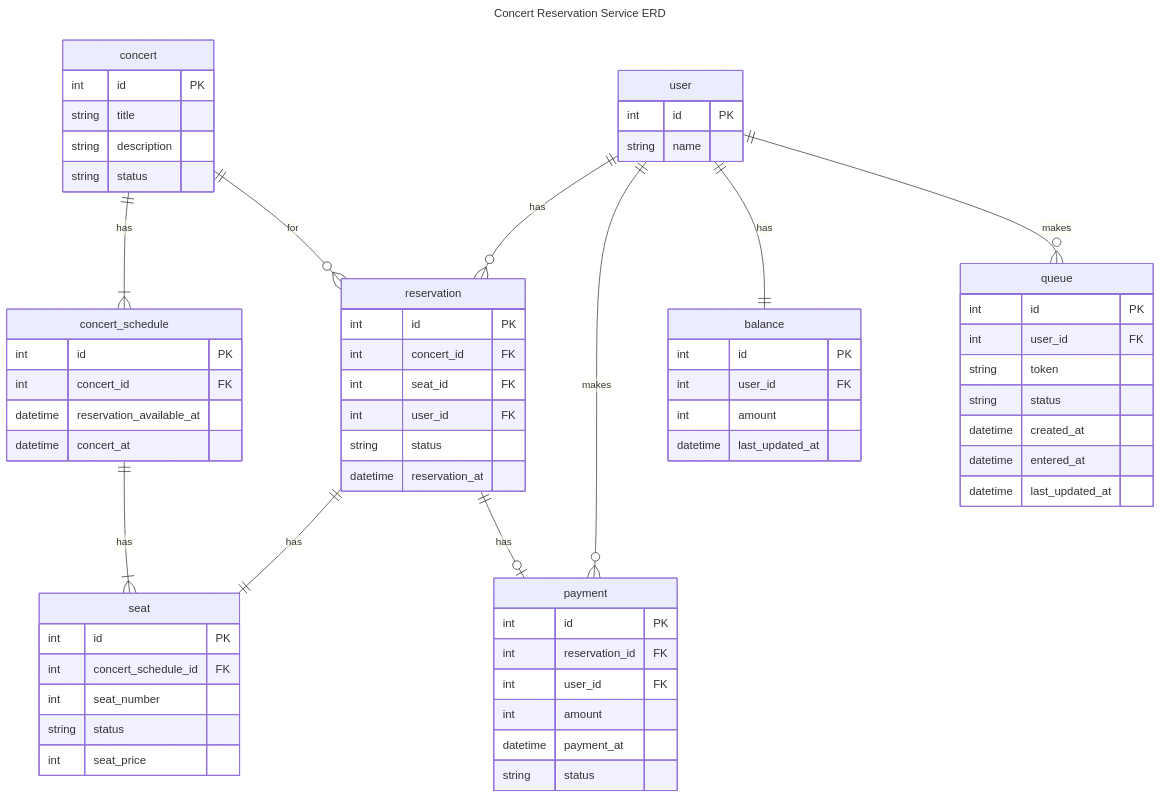
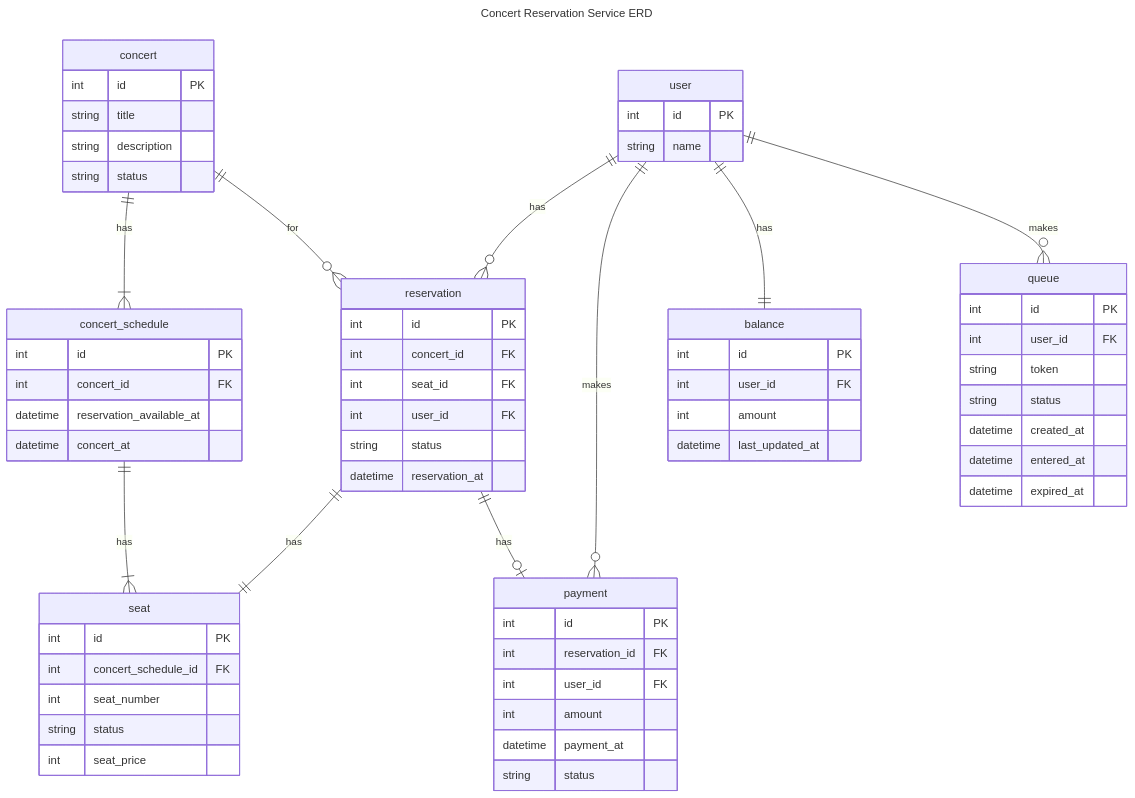
Before and after one commit to Goryeojin/hhplus-concert: the diagram in docs/03_ERD.md, drawn with Mermaid. The commit also changed other lines of this file and 13 other files, not shown here.

````diff
--- a/docs/03_ERD.md
+++ b/docs/03_ERD.md
@@ -1,74 +1,74 @@
 ```mermaid
 ---
 title: Concert Reservation Service ERD
 ---
 erDiagram
     user ||--o{ reservation : has
     user ||--o{ payment : makes
     user ||--|| balance : has
     user ||--o{ queue : makes
     concert ||--|{ concert_schedule : has
     concert ||--o{ reservation : for
     concert_schedule ||--|{ seat : has
     reservation ||--|| seat : has
     reservation ||--o| payment : has
 
     concert {
         int id PK
         string title
         string description
         string status
     }
     concert_schedule {
         int id PK
         int concert_id FK
         datetime reservation_available_at
         datetime concert_at
     }
     seat {
         int id PK
         int concert_schedule_id FK
         int seat_number
         string status
         int seat_price
     }
 		
     reservation {
         int id PK
         int concert_id FK
         int seat_id FK
         int user_id FK
         string status
         datetime reservation_at
     }
 
     payment {
         int id PK
         int reservation_id FK
         int user_id FK
         int amount
         datetime payment_at
         string status
     }
 
     balance {
         int id PK
         int user_id FK
         int amount
         datetime last_updated_at
     }
 
     queue {
         int id PK
         int user_id FK
         string token
         string status
         datetime created_at
         datetime entered_at
-        datetime last_updated_at
+        datetime expired_at
     }
     user {
         int id PK
         string name
     }
 ```
````
